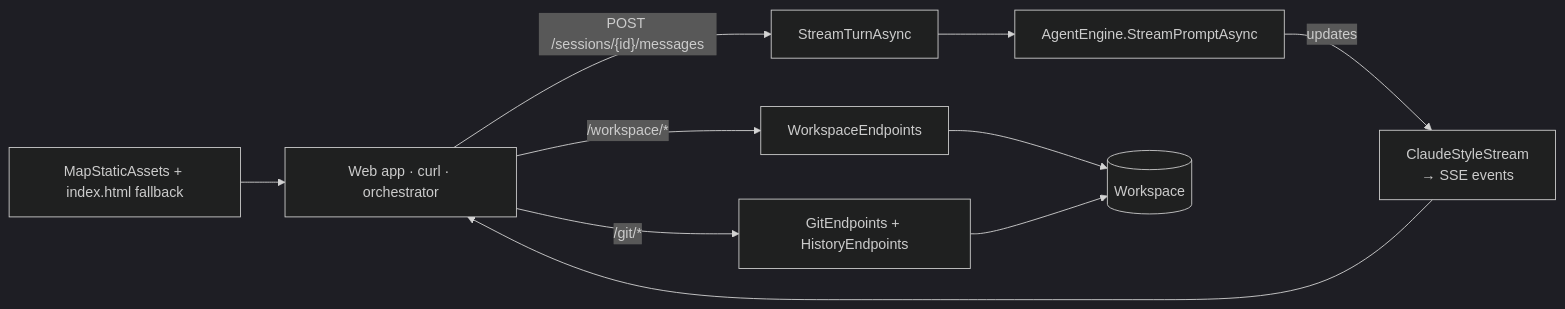
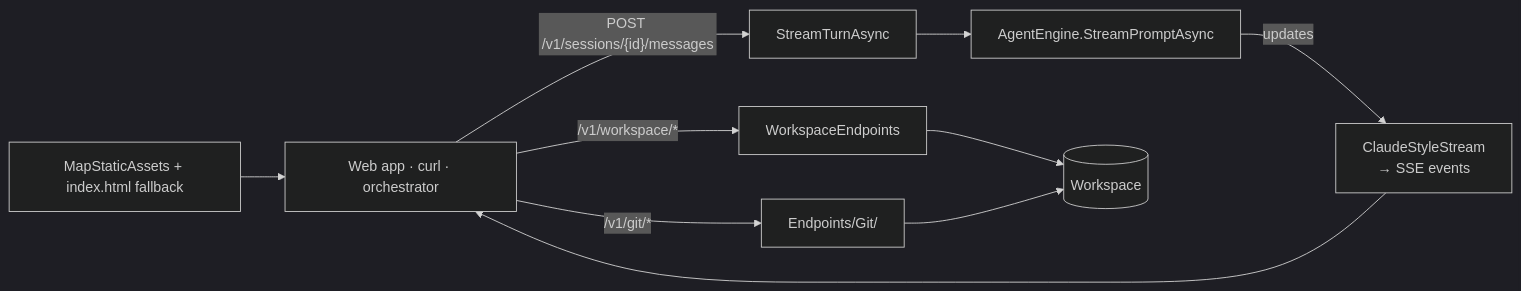
Before and after one commit to bosbevk/louis-agent: the diagram in docs/projects/louis-agent.api.md, drawn with Mermaid (dark theme). The commit also changed other lines of this file and 57 other files, not shown here.

````diff
--- a/docs/projects/louis-agent.api.md
+++ b/docs/projects/louis-agent.api.md
@@ -15,9 +15,9 @@
 ```mermaid
 flowchart LR
-    Client["Web app · curl · orchestrator"] -- "POST /sessions/{id}/messages" --> Turn["StreamTurnAsync"]
+    Client["Web app · curl · orchestrator"] -- "POST /v1/sessions/{id}/messages" --> Turn["StreamTurnAsync"]
     Turn --> Engine["AgentEngine.StreamPromptAsync"]
     Engine -- "updates" --> SSE["ClaudeStyleStream<br/>→ SSE events"] --> Client
-    Client -- "/workspace/*" --> WS["WorkspaceEndpoints"] --> Files[("Workspace")]
-    Client -- "/git/*" --> Git["GitEndpoints + HistoryEndpoints"] --> Files
+    Client -- "/v1/workspace/*" --> WS["WorkspaceEndpoints"] --> Files[("Workspace")]
+    Client -- "/v1/git/*" --> Git["Endpoints/Git/"] --> Files
     Static["MapStaticAssets + index.html fallback"] --> Client
 ```
````
